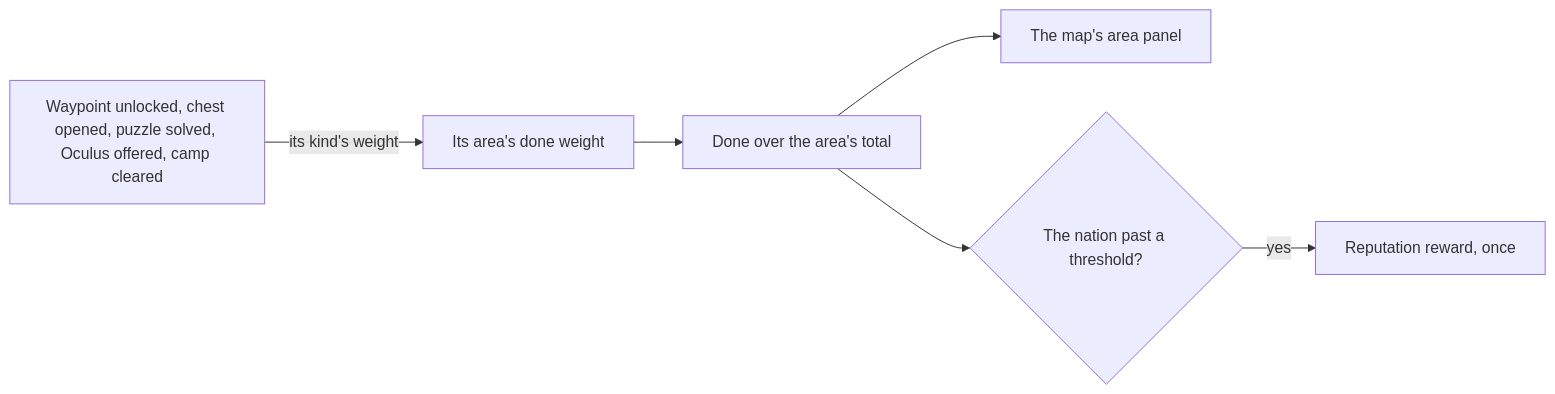
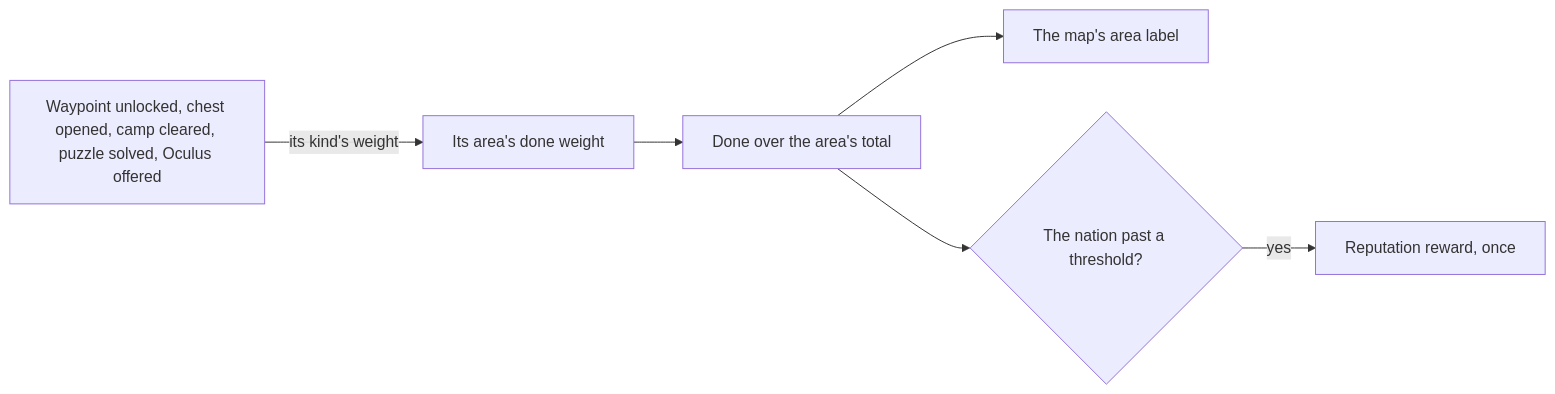
One commit to Esposter/Esposter changed the diagram in apps/web/content/docs/proposals/genshin/exploration-progress.md. Above: the diagram before and after it, drawn with Mermaid. The commit also changed other lines of this file and 3 other files, not shown here.

First line of the commit message:
docs(genshin): the exploration progress's count and percentage on Galesong Hill's map label are built and indexed, the proposal keeps the kinds, the scale, the Reputation thresholds, and the clip owed for the stepping

````diff
--- a/apps/web/content/docs/proposals/genshin/exploration-progress.md
+++ b/apps/web/content/docs/proposals/genshin/exploration-progress.md
@@ -20,8 +25,8 @@
 ```mermaid
 flowchart LR
-  DOING["Waypoint unlocked, chest opened, puzzle solved, Oculus offered, camp cleared"] -->|"its kind's weight"| AREA["Its area's done weight"]
+  DOING["Waypoint unlocked, chest opened, camp cleared, puzzle solved, Oculus offered"] -->|"its kind's weight"| AREA["Its area's done weight"]
   AREA --> SHARE["Done over the area's total"]
-  SHARE --> MAP["The map's area panel"]
+  SHARE --> MAP["The map's area label"]
   SHARE --> NATION{"The nation past a threshold?"}
   NATION -->|"yes"| REP["Reputation reward, once"]
 ```
````
